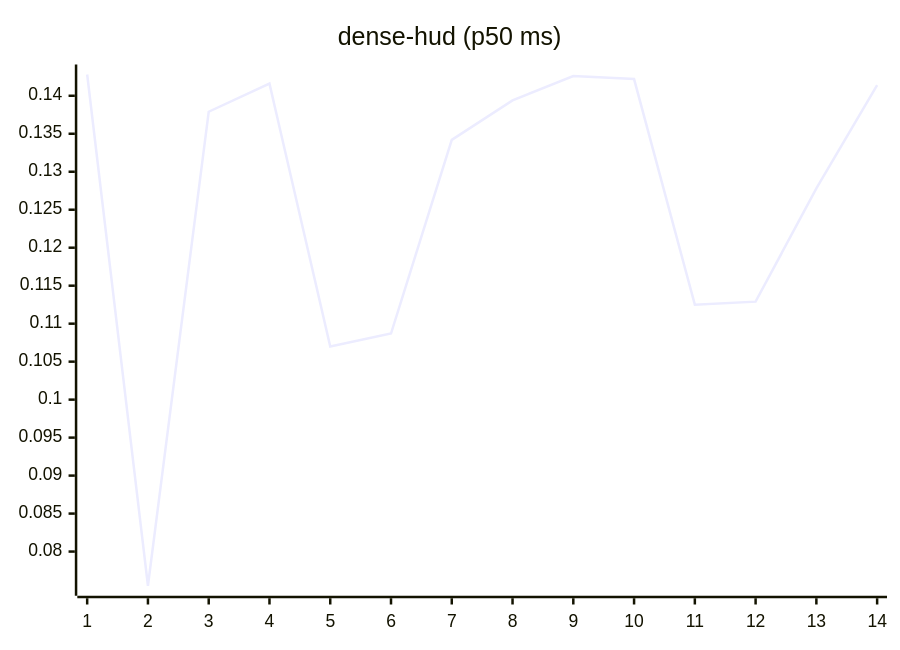
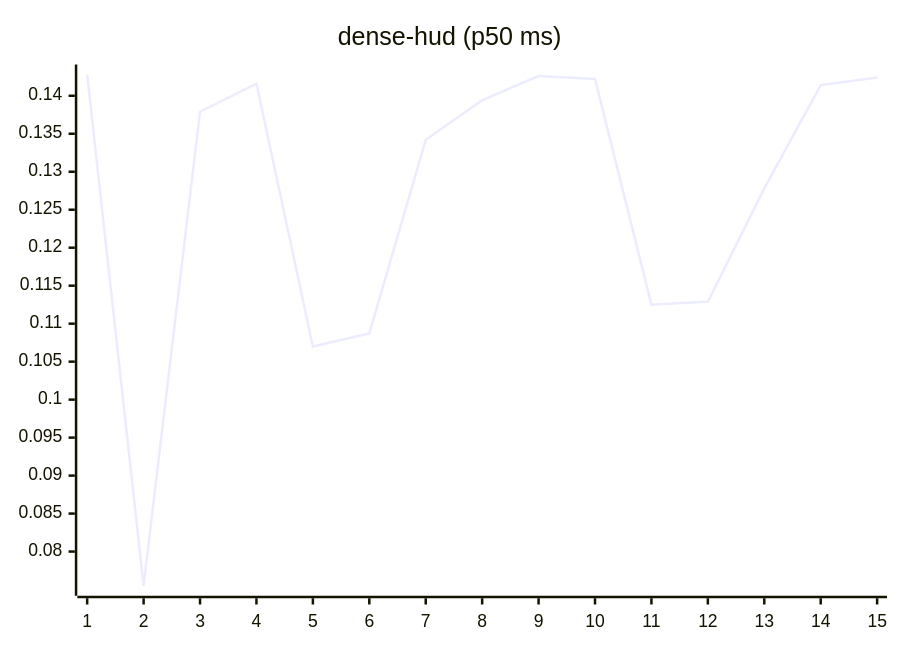
One commit to josha/Facet changed the eighth of 27 diagrams in README.md. Above: the diagram before and after it, drawn with Mermaid. The commit also changed other lines of this file and 2 other files, not shown here.

````diff
--- a/README.md
+++ b/README.md
@@ -112,6 +112,6 @@
 ```mermaid
 xychart-beta
     title "dense-hud (p50 ms)"
-    x-axis 1 --> 14
-    line [0.1428, 0.0755, 0.1379, 0.1416, 0.1070, 0.1087, 0.1342, 0.1394, 0.1426, 0.1422, 0.1125, 0.1129, 0.1278, 0.1414]
+    x-axis 1 --> 15
+    line [0.1428, 0.0755, 0.1379, 0.1416, 0.1070, 0.1087, 0.1342, 0.1394, 0.1426, 0.1422, 0.1125, 0.1129, 0.1278, 0.1414, 0.1424]
 ```
````
